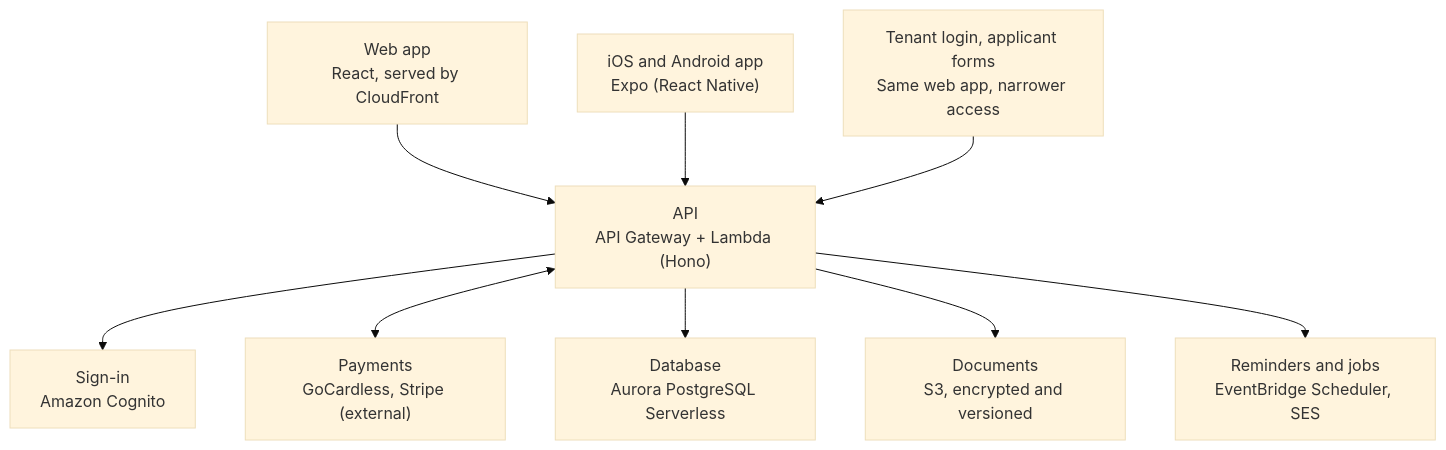
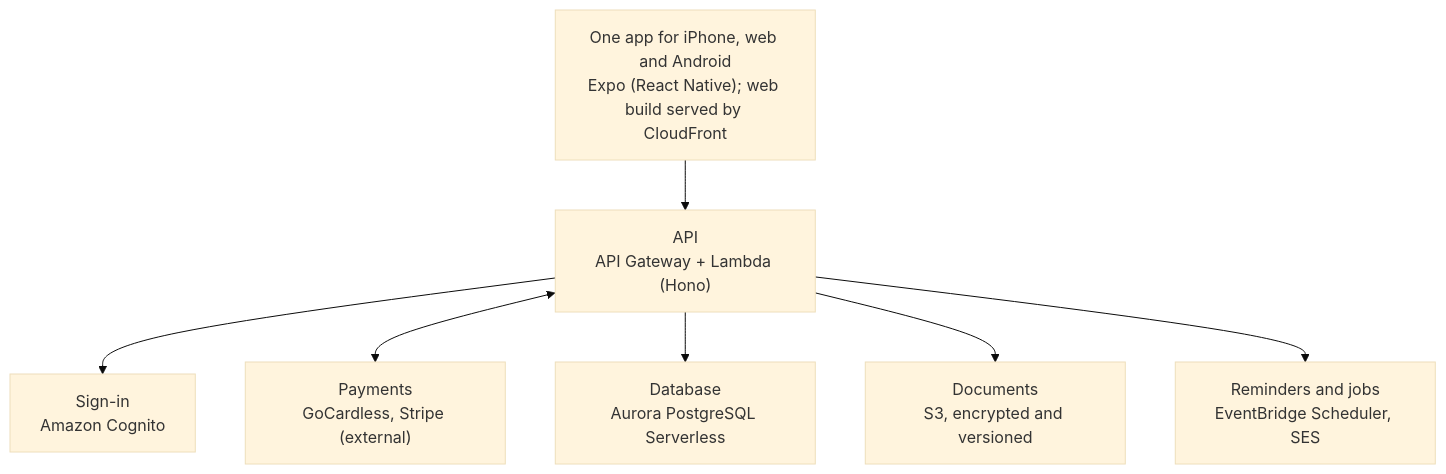
The diagram in docs/DESIGN.md (Hassanajaz/property-management), drawn with Mermaid (base theme) before and after one commit. The commit also changed other lines of this file and 28 other files, not shown here.

First line of the commit message:
One app for iPhone and web; add inventories, Right to Rent, deposits, new tenancies

````diff
--- a/docs/DESIGN.md
+++ b/docs/DESIGN.md
@@ -141,11 +141,9 @@
 ```mermaid
 flowchart TD
-  web["Web app<br/>React, served by CloudFront"] --> api
-  mobile["iOS and Android app<br/>Expo (React Native)"] --> api
-  portals["Tenant login, applicant forms<br/>Same web app, narrower access"] --> api
+  app["One app for iPhone, web and Android<br/>Expo (React Native); web build served by CloudFront"] --> api
   api["API<br/>API Gateway + Lambda (Hono)"] --> signin["Sign-in<br/>Amazon Cognito"]
   api <--> payments["Payments<br/>GoCardless, Stripe (external)"]
   api --> db["Database<br/>Aurora PostgreSQL Serverless"]
   api --> docs["Documents<br/>S3, encrypted and versioned"]
   api --> jobs["Reminders and jobs<br/>EventBridge Scheduler, SES"]
 ```
````
